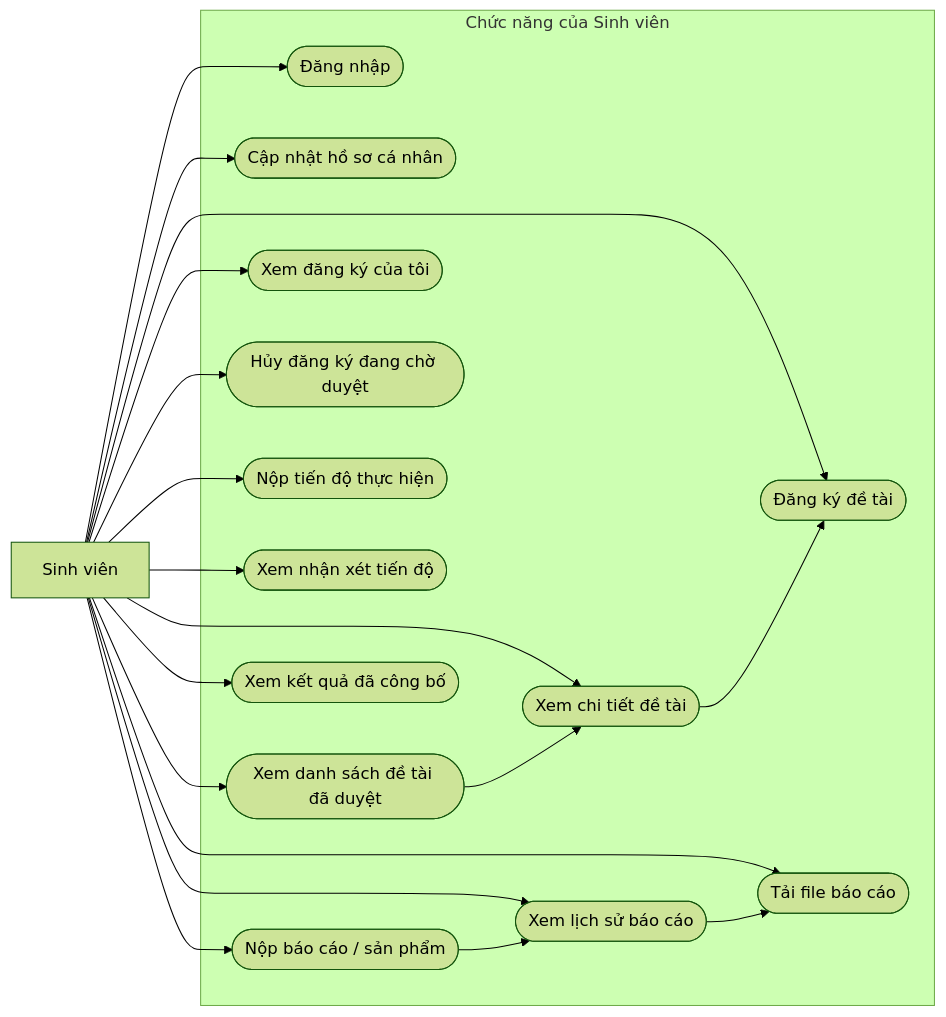
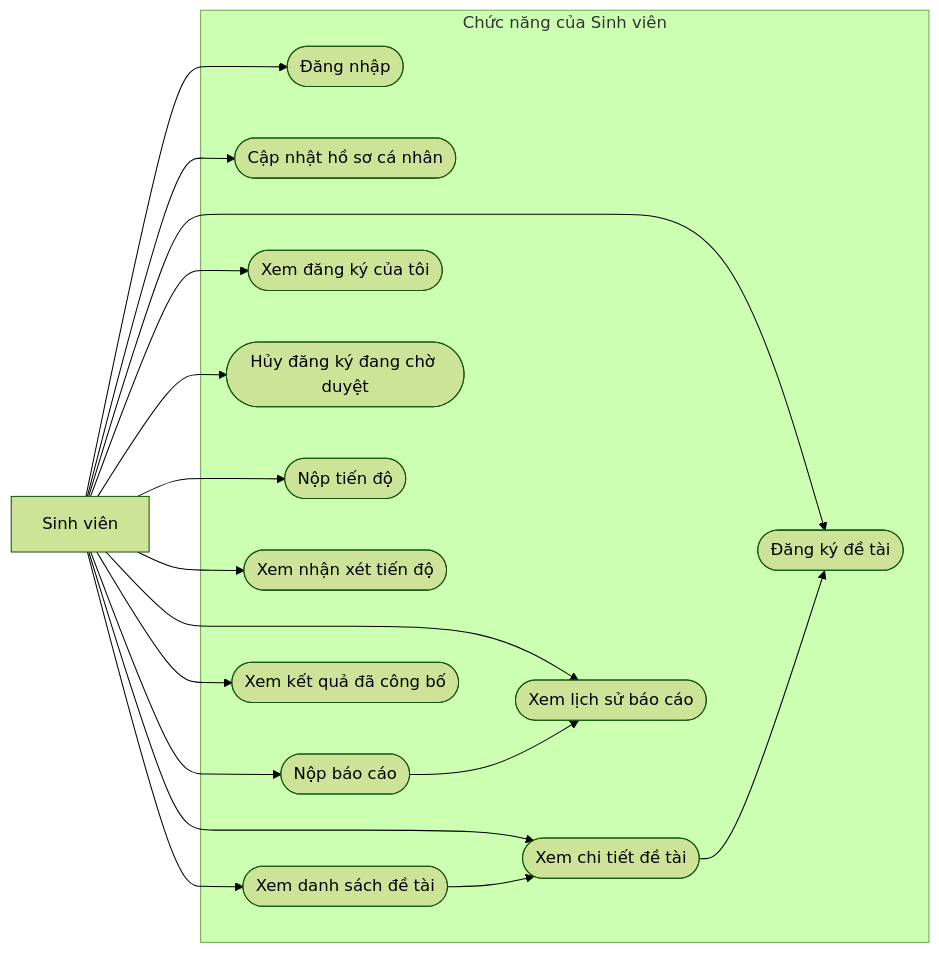
One commit to VanTruong475/research-thesis-portal changed the second of 13 diagrams in docs/diagrams_research_thesis_portal.md. Above: the diagram before and after it, drawn with Mermaid (forest theme). The commit also changed other lines of this file, not shown here.

Commit message:
docs(diagrams): simplify thesis report diagrams

````diff
--- a/docs/diagrams_research_thesis_portal.md
+++ b/docs/diagrams_research_thesis_portal.md
@@ -69,39 +69,36 @@
 ```mermaid
 flowchart LR
     Student["Sinh viên"]
 
     subgraph StudentCases["Chức năng của Sinh viên"]
         Login(["Đăng nhập"])
         UpdateProfile(["Cập nhật hồ sơ cá nhân"])
-        ViewTopics(["Xem danh sách đề tài đã duyệt"])
+        ViewTopics(["Xem danh sách đề tài"])
         ViewTopicDetail(["Xem chi tiết đề tài"])
         RegisterTopic(["Đăng ký đề tài"])
         ViewRegistration(["Xem đăng ký của tôi"])
         CancelRegistration(["Hủy đăng ký đang chờ duyệt"])
-        SubmitProgress(["Nộp tiến độ thực hiện"])
+        SubmitProgress(["Nộp tiến độ"])
         ViewProgressComment(["Xem nhận xét tiến độ"])
-        UploadReport(["Nộp báo cáo / sản phẩm"])
+        UploadReport(["Nộp báo cáo"])
         ViewReportHistory(["Xem lịch sử báo cáo"])
-        DownloadReport(["Tải file báo cáo"])
         ViewFinalResult(["Xem kết quả đã công bố"])
     end
 
     Student --> Login
     Student --> UpdateProfile
     Student --> ViewTopics
     Student --> ViewTopicDetail
     Student --> RegisterTopic
     Student --> ViewRegistration
     Student --> CancelRegistration
     Student --> SubmitProgress
     Student --> ViewProgressComment
     Student --> UploadReport
     Student --> ViewReportHistory
-    Student --> DownloadReport
     Student --> ViewFinalResult
 
     ViewTopics --> ViewTopicDetail
     ViewTopicDetail --> RegisterTopic
     UploadReport --> ViewReportHistory
-    ViewReportHistory --> DownloadReport
 ```
````
